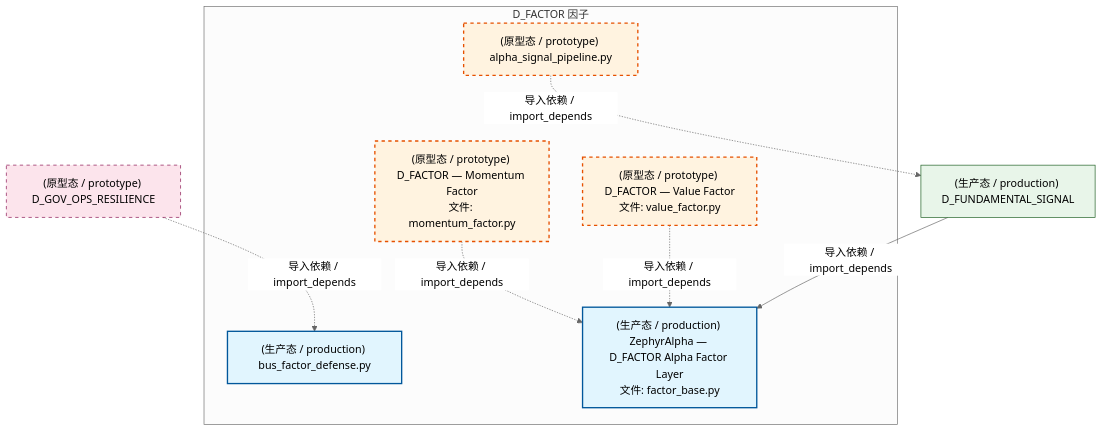
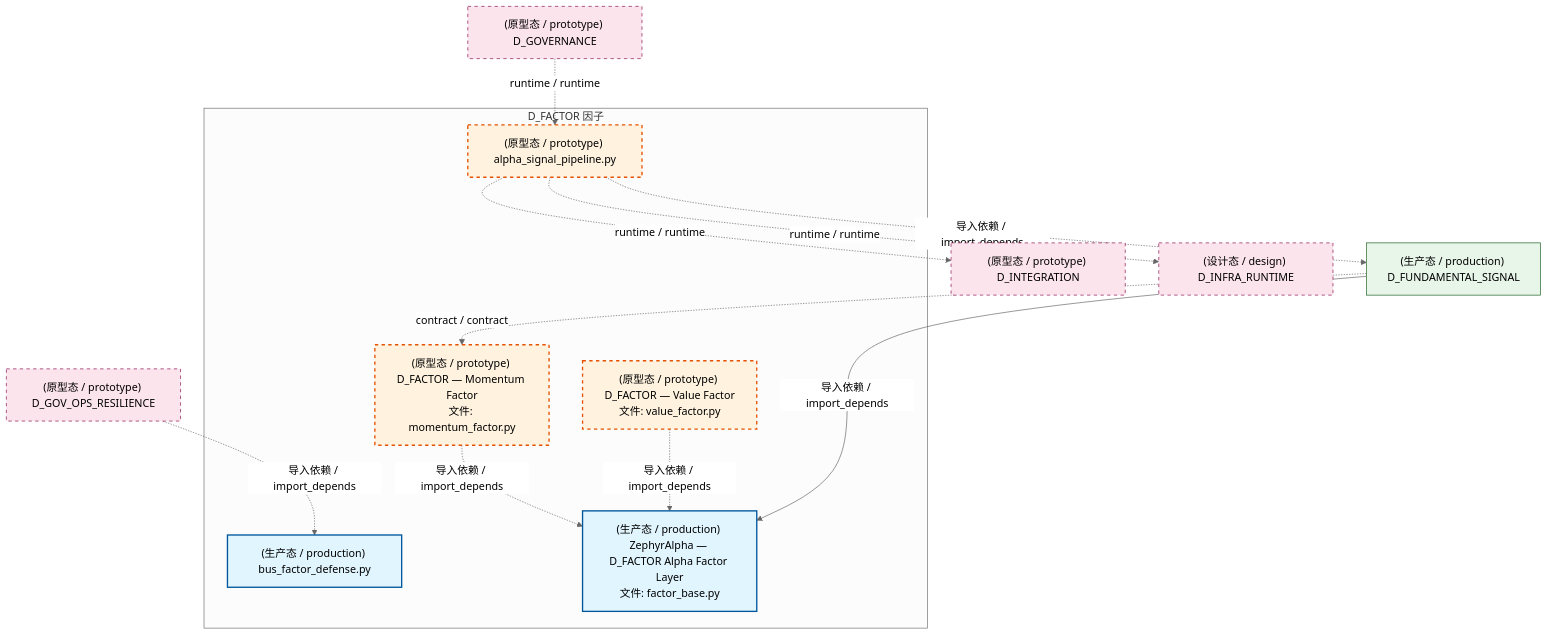
Before and after one commit to xuanFelixVan/ZephyrAlpha: the first of 4 diagrams in docs/02_enterprise_architecture/02_domain_architecture_docs/36_d_factor.md, drawn with Mermaid (neutral theme). The commit also changed other lines of this file and 81 other files, not shown here.

````diff
--- a/docs/02_enterprise_architecture/02_domain_architecture_docs/36_d_factor.md
+++ b/docs/02_enterprise_architecture/02_domain_architecture_docs/36_d_factor.md
@@ -72,25 +72,32 @@
 ```mermaid
 graph TD
     subgraph D_FACTOR["D_FACTOR 因子"]
         src_zephyr_factor_alpha_signal_pipeline_py["(原型态 / prototype) alpha_signal_pipeline.py"]
         src_zephyr_factor_bus_factor_defense_py["(生产态 / production) bus_factor_defense.py"]
         src_zephyr_factor_factor_base_py["(生产态 / production) ZephyrAlpha — D_FACTOR Alpha Factor Layer<br/>文件: factor_base.py"]
         src_zephyr_factor_momentum_factor_py["(原型态 / prototype) D_FACTOR — Momentum Factor<br/>文件: momentum_factor.py"]
         src_zephyr_factor_value_factor_py["(原型态 / prototype) D_FACTOR — Value Factor<br/>文件: value_factor.py"]
     end
     src_zephyr_factor_momentum_factor_py -.->|导入依赖 / import_depends| src_zephyr_factor_factor_base_py
     src_zephyr_factor_value_factor_py -.->|导入依赖 / import_depends| src_zephyr_factor_factor_base_py
+    D_INTEGRATION["(原型态 / prototype) D_INTEGRATION"]
+    src_zephyr_factor_alpha_signal_pipeline_py -.->|runtime / runtime| D_INTEGRATION
+    D_INFRA_RUNTIME["(设计态 / design) D_INFRA_RUNTIME"]
+    src_zephyr_factor_alpha_signal_pipeline_py -.->|runtime / runtime| D_INFRA_RUNTIME
     D_FUNDAMENTAL_SIGNAL["(生产态 / production) D_FUNDAMENTAL_SIGNAL"]
     src_zephyr_factor_alpha_signal_pipeline_py -.->|导入依赖 / import_depends| D_FUNDAMENTAL_SIGNAL
+    D_GOVERNANCE["(原型态 / prototype) D_GOVERNANCE"]
+    D_GOVERNANCE -.->|runtime / runtime| src_zephyr_factor_alpha_signal_pipeline_py
+    D_FUNDAMENTAL_SIGNAL -.->|contract / contract| src_zephyr_factor_momentum_factor_py
     D_FUNDAMENTAL_SIGNAL -->|导入依赖 / import_depends| src_zephyr_factor_factor_base_py
     D_GOV_OPS_RESILIENCE["(原型态 / prototype) D_GOV_OPS_RESILIENCE"]
     D_GOV_OPS_RESILIENCE -.->|导入依赖 / import_depends| src_zephyr_factor_bus_factor_defense_py
     classDef production fill:#e1f5fe,stroke:#01579b,stroke-width:2px,color:#000
     classDef design fill:#fff3e0,stroke:#e65100,stroke-width:2px,color:#000,stroke-dasharray: 5 5
     classDef external_prod fill:#e8f5e9,stroke:#1b5e20,stroke-width:1px,color:#000
     classDef external_design fill:#fce4ec,stroke:#880e4f,stroke-width:1px,color:#000,stroke-dasharray: 5 5
     class src_zephyr_factor_bus_factor_defense_py,src_zephyr_factor_factor_base_py production
     class src_zephyr_factor_alpha_signal_pipeline_py,src_zephyr_factor_momentum_factor_py,src_zephyr_factor_value_factor_py design
     class D_FUNDAMENTAL_SIGNAL external_prod
-    class D_GOV_OPS_RESILIENCE external_design
+    class D_INTEGRATION,D_INFRA_RUNTIME,D_GOVERNANCE,D_GOV_OPS_RESILIENCE external_design
 ```
````
